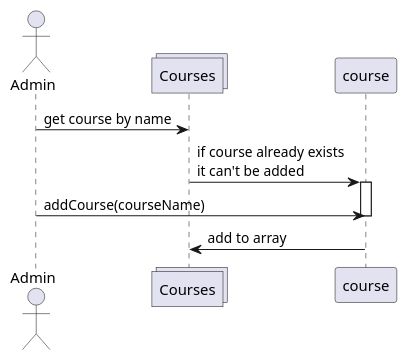
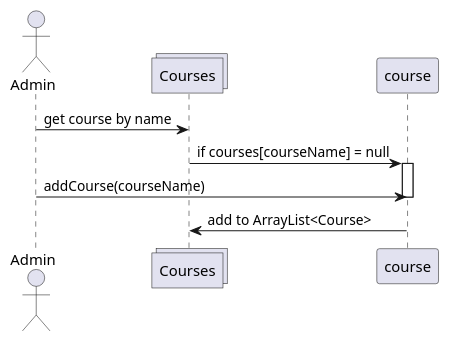
Before and after one commit to mementomorri/kotlin_backend: the diagram in diagram/setCourse.puml, drawn with PlantUML. The commit also changed 3 other files, not shown here.

```diff
--- a/diagram/setCourse.puml
+++ b/diagram/setCourse.puml
@@ -1,13 +1,13 @@
 @startuml
 
 actor Admin
 collections Courses
 
 Admin -> Courses : get course by name
-Courses -> course: if course already exists \nit can't be added
+Courses -> course: if courses[courseName] = null
 activate course
 Admin -> course : addCourse(courseName)
 deactivate course
-course -> Courses: add to array
+course -> Courses: add to ArrayList<Course>
 
 @enduml
```
